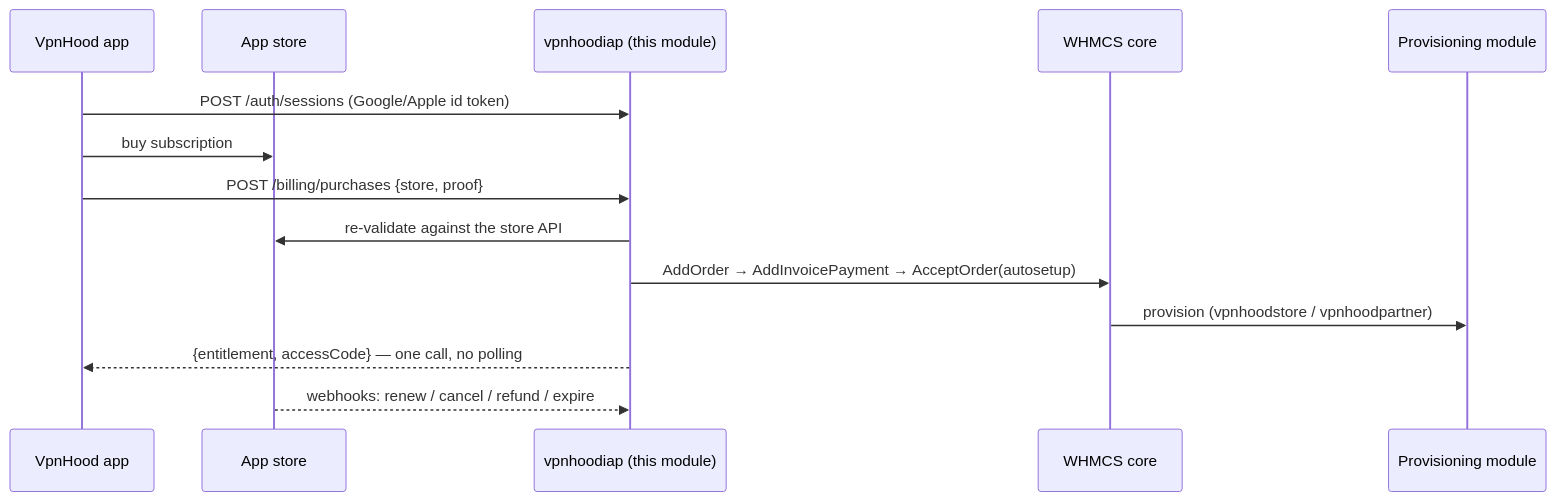
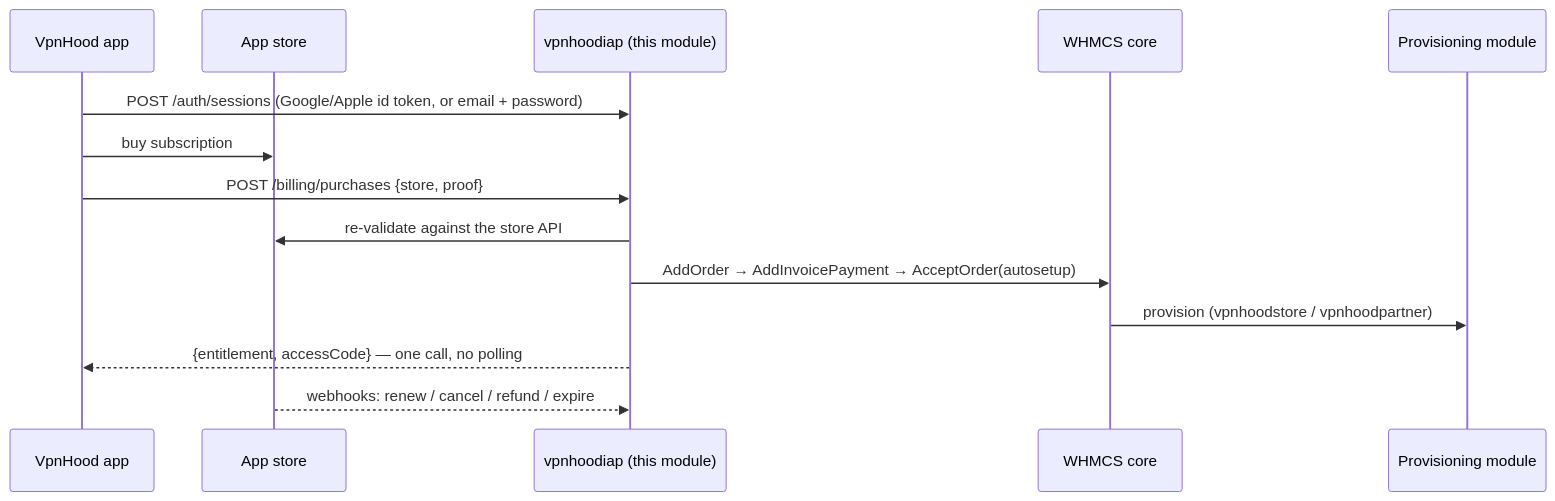
Before and after one commit to vpnhood/VpnHood.WHMCS.Iap: the diagram in README.md, drawn with Mermaid. The commit also changed other lines of this file and 7 other files, not shown here.

````diff
--- a/README.md
+++ b/README.md
@@ -16,17 +13,17 @@
 ```mermaid
 sequenceDiagram
     participant App as VpnHood app
     participant Store as App store
     participant Iap as vpnhoodiap (this module)
     participant WHMCS as WHMCS core
     participant Prov as Provisioning module
 
-    App->>Iap: POST /auth/sessions (Google/Apple id token)
+    App->>Iap: POST /auth/sessions (Google/Apple id token, or email + password)
     App->>Store: buy subscription
     App->>Iap: POST /billing/purchases {store, proof}
     Iap->>Store: re-validate against the store API
     Iap->>WHMCS: AddOrder → AddInvoicePayment → AcceptOrder(autosetup)
     WHMCS->>Prov: provision (vpnhoodstore / vpnhoodpartner)
     Iap-->>App: {entitlement, accessCode} — one call, no polling
     Store-->>Iap: webhooks: renew / cancel / refund / expire
 ```
````
